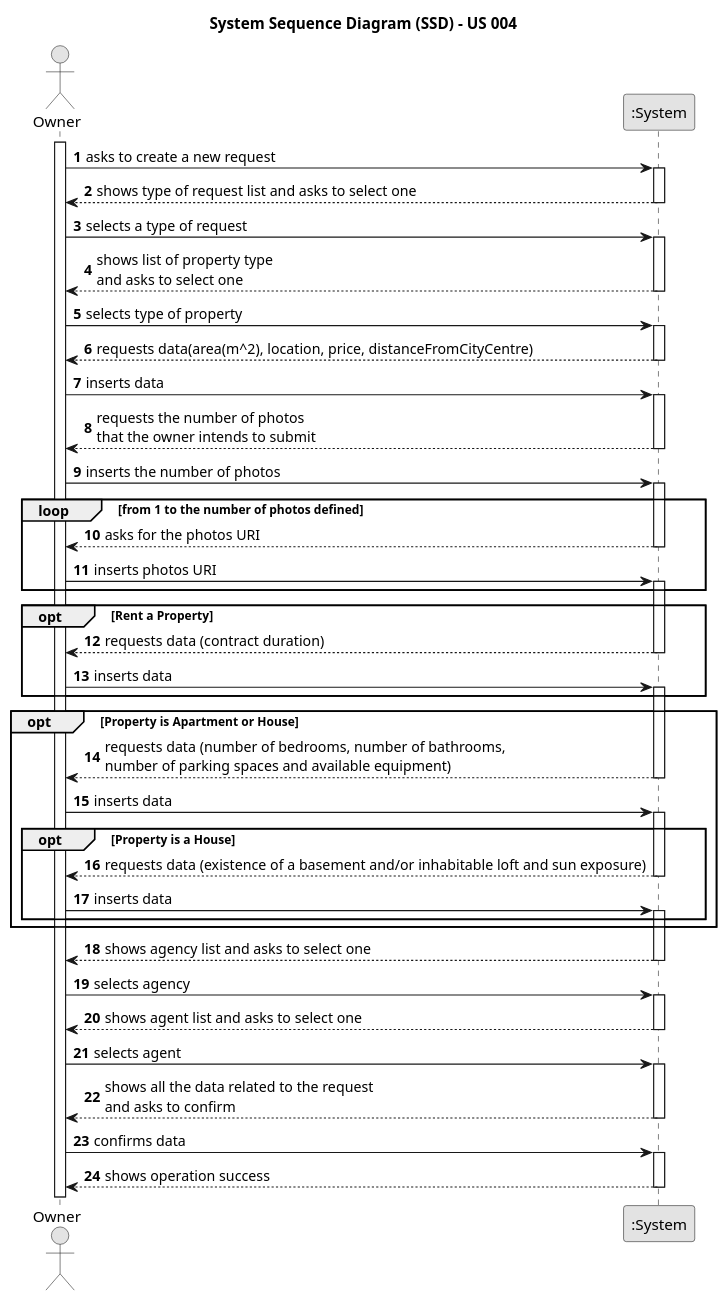
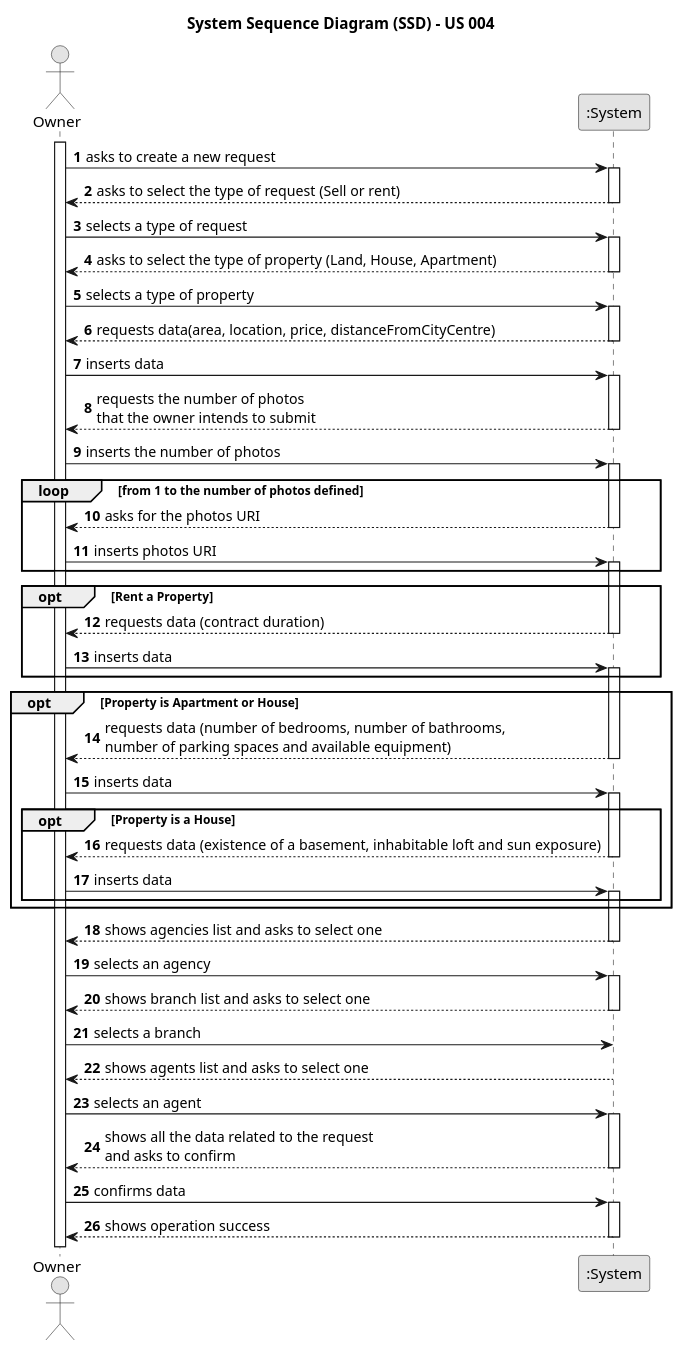
Before and after one commit to 1220812/LAPR2: the diagram in docs/sprintC/us004/01.requirements-engineering/puml/us004-system-sequence-diagram.puml, drawn with PlantUML.

Commit message:
Updating the SSD - us004

```diff
--- a/docs/sprintC/us004/01.requirements-engineering/puml/us004-system-sequence-diagram.puml
+++ b/docs/sprintC/us004/01.requirements-engineering/puml/us004-system-sequence-diagram.puml
@@ -1,109 +1,133 @@
 @startuml
 skinparam monochrome true
 skinparam packageStyle rectangle
 skinparam shadowing false
 
 title System Sequence Diagram (SSD) - US 004
 
 autonumber
 
 actor "Owner" as Owner
 participant ":System" as System
 
 activate Owner
 
     Owner -> System : asks to create a new request
+
     activate System
 
-        System --> Owner : shows type of request list and asks to select one
+    System --> Owner : asks to select the type of request (Sell or rent)
+
     deactivate System
 
     Owner -> System : selects a type of request
+
     activate System
 
-        System --> Owner : shows list of property type \nand asks to select one
+    System --> Owner : asks to select the type of property (Land, House, Apartment)
+
     deactivate System
 
-    Owner -> System : selects type of property
+    Owner -> System : selects a type of property
+
     activate System
 
+    System --> Owner : requests data(area, location, price, distanceFromCityCentre)
 
-        System --> Owner : requests data(area(m^2), location, price, distanceFromCityCentre)
     deactivate System
 
     Owner -> System : inserts data
 
-        activate System
+    activate System
 
-        System --> Owner : requests the number of photos \nthat the owner intends to submit
+    System --> Owner : requests the number of photos \nthat the owner intends to submit
 
     deactivate System
 
     Owner -> System : inserts the number of photos
 
     activate System
 
     loop from 1 to the number of photos defined
 
     System --> Owner : asks for the photos URI
+
     deactivate System
+
     Owner -> System : inserts photos URI
+
     activate System
 
     end
 
     opt Rent a Property
 
     System --> Owner : requests data (contract duration)
 
     deactivate System
 
     Owner -> System : inserts data
 
     activate System
 
     end
 
     opt Property is Apartment or House
 
-        System --> Owner : requests data (number of bedrooms, number of bathrooms, \nnumber of parking spaces and available equipment)
-        deactivate System
+    System --> Owner : requests data (number of bedrooms, number of bathrooms, \nnumber of parking spaces and available equipment)
+
+    deactivate System
 
     Owner -> System : inserts data
+
     activate System
 
     opt Property is a House
 
-         System --> Owner : requests data (existence of a basement and/or inhabitable loft and sun exposure)
+    System --> Owner : requests data (existence of a basement, inhabitable loft and sun exposure)
+
     deactivate System
 
     Owner -> System : inserts data
+
     activate System
 
     end
 
     end
 
-    System --> Owner : shows agency list and asks to select one
+    System --> Owner : shows agencies list and asks to select one
+
     deactivate System
 
-    Owner -> System : selects agency
+    Owner -> System : selects an agency
+
     activate System
 
-    System --> Owner : shows agent list and asks to select one
+    System --> Owner : shows branch list and asks to select one
+
     deactivate System
 
-    Owner -> System : selects agent
+    Owner -> System : selects a branch
+
+    System --> Owner : shows agents list and asks to select one
+
+    deactivate System
+
+    Owner -> System : selects an agent
+
     activate System
 
     System --> Owner : shows all the data related to the request \nand asks to confirm
 
     deactivate System
 
     Owner -> System : confirms data
+
     activate System
 
-            System --> Owner : shows operation success
+    System --> Owner : shows operation success
+
     deactivate System
 
 @enduml
```
